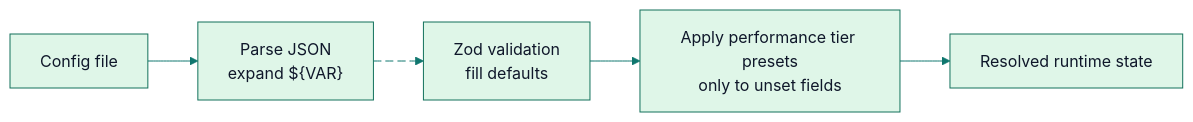
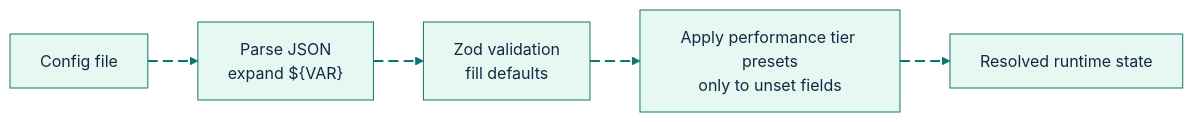
The diagram in docs/configuration-reference.md (GlitterKill/sdl-mcp), drawn with Mermaid before and after one commit. The commit also changed other lines of this file and 33 other files, not shown here.

First line of the commit message:
docs: update mermaid diagram themes and styling across documentation

````diff
--- a/docs/configuration-reference.md
+++ b/docs/configuration-reference.md
@@ -21,11 +21,17 @@
 ```mermaid
-%%{init: {"theme":"base","themeVariables":{"primaryColor":"#dff6e8","primaryBorderColor":"#12715b","primaryTextColor":"#0f172a","secondaryColor":"#e0f2fe","secondaryBorderColor":"#1d4ed8","tertiaryColor":"#fff4d6","tertiaryBorderColor":"#b45309","lineColor":"#0f766e","fontFamily":"Trebuchet MS, Arial"},"flowchart":{"curve":"basis"}}}%%
+%%{init: {"theme":"base","themeVariables":{"background":"#ffffff","primaryColor":"#E7F8F2","primaryBorderColor":"#0F766E","primaryTextColor":"#102A43","secondaryColor":"#E8F1FF","secondaryBorderColor":"#2563EB","secondaryTextColor":"#102A43","tertiaryColor":"#FFF4D6","tertiaryBorderColor":"#B45309","tertiaryTextColor":"#102A43","lineColor":"#0F766E","textColor":"#102A43","fontFamily":"Inter, ui-sans-serif, system-ui, -apple-system, BlinkMacSystemFont, Segoe UI, sans-serif"},"flowchart":{"curve":"basis","htmlLabels":true}}}%%
 flowchart LR
-    File["Config file"] --> Parse["Parse JSON<br/>expand ${VAR}"]
-    Parse e1@--> Validate["Zod validation<br/>fill defaults"]
-    Validate --> Tier["Apply performance tier presets<br/>only to unset fields"]
-    Tier --> Runtime["Resolved runtime state"]
+    File["Config file"] e1@--> Parse["Parse JSON<br/>expand ${VAR}"]
+    Parse e2@--> Validate["Zod validation<br/>fill defaults"]
+    Validate e3@--> Tier["Apply performance tier presets<br/>only to unset fields"]
+    Tier e4@--> Runtime["Resolved runtime state"]
 
-    classDef animate stroke-dasharray: 8\,4,stroke-dashoffset: 240,animation: dash 18s linear infinite;
-    class e1 animate;
+    classDef source fill:#E7F8F2,stroke:#0F766E,stroke-width:2px,color:#102A43;
+    classDef process fill:#E8F1FF,stroke:#2563EB,stroke-width:2px,color:#102A43;
+    classDef decision fill:#FFF4D6,stroke:#B45309,stroke-width:2px,color:#102A43;
+    classDef storage fill:#F2E8FF,stroke:#7C3AED,stroke-width:2px,color:#102A43;
+    classDef output fill:#FFE8EF,stroke:#BE123C,stroke-width:2px,color:#102A43;
+    classDef muted fill:#F8FAFC,stroke:#64748B,stroke-width:1px,color:#102A43;
+    classDef animate stroke:#0F766E,stroke-width:2px,stroke-dasharray:10\,5,stroke-dashoffset:900,animation:dash 22s linear infinite;
+    class e1,e2,e3,e4 animate;
 ```
````
